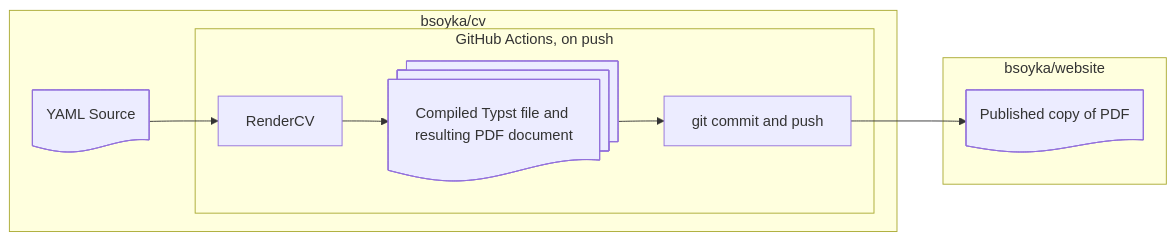
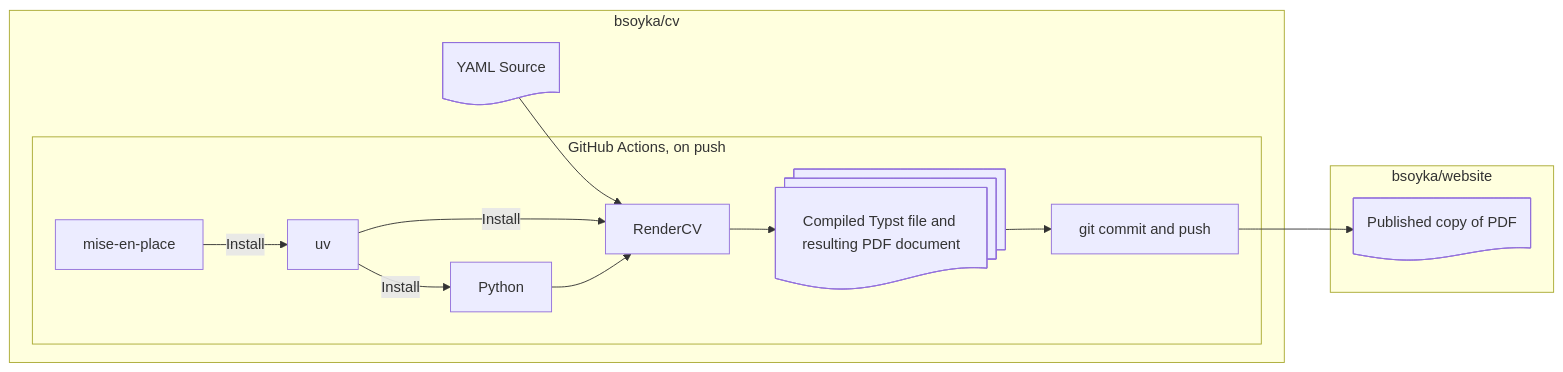
One commit to bsoyka/cv changed the diagram in README.md. Above: the diagram before and after it, drawn with Mermaid.

Commit message:
docs: include tooling in flowchart

````diff
--- a/README.md
+++ b/README.md
@@ -36,21 +36,29 @@
 ```mermaid
 flowchart LR
   subgraph cv["bsoyka/cv"]
     YAML@{ shape: doc, label: "YAML Source" }
 
     subgraph actions["GitHub Actions, on push"]
+        Mise["mise-en-place"]
+        Uv["uv"]
+        Python
         RenderCV@{ shape: process }
         Compiled@{ shape: docs, label: "Compiled Typst file and resulting PDF document" }
         Push@{ shape: process, label: "git commit and push" }
     end
   end
 
   subgraph website["bsoyka/website"]
     PDF@{ shape: doc, label: "Published copy of PDF" }
   end
 
   YAML --> RenderCV
   RenderCV --> Compiled
   Compiled --> Push
   Push --> PDF
+
+  Mise -->|Install| Uv
+  Uv -->|Install| Python
+  Uv -->|Install| RenderCV
+  Python --> RenderCV
 ```
````
